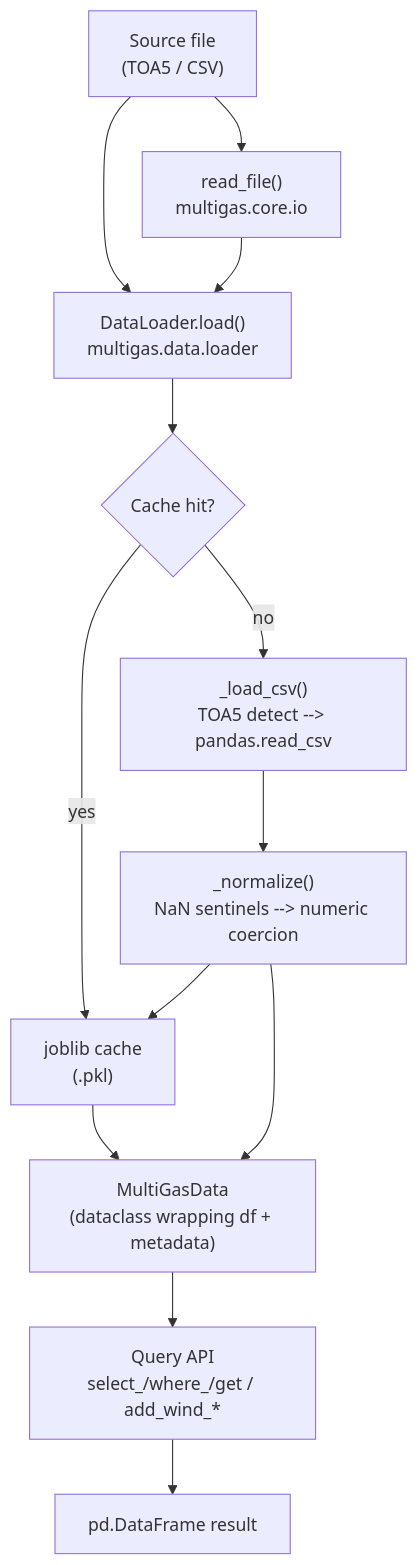
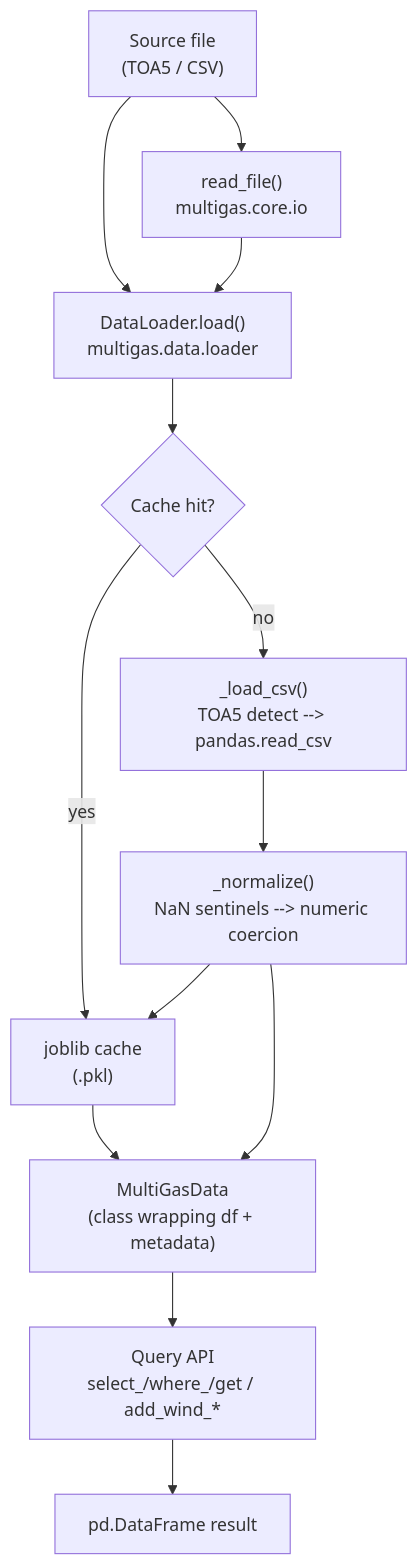
One commit to martanto/multigas changed the diagram in wiki/Home.md. Above: the diagram before and after it, drawn with Mermaid. The commit also changed other lines of this file and 15 other files, not shown here.

Commit message:
Move `MultiGasData.py` to `data` directory

````diff
--- a/wiki/Home.md
+++ b/wiki/Home.md
@@ -69,15 +70,15 @@
 ```mermaid
 flowchart TD
     A["Source file<br/>(TOA5 / CSV)"] --> B["read_file()<br/>multigas.core.io"]
     A --> C["DataLoader.load()<br/>multigas.data.loader"]
     B --> C
     C --> D{Cache hit?}
     D -->|yes| E["joblib cache<br/>(.pkl)"]
     D -->|no| F["_load_csv()<br/>TOA5 detect --> pandas.read_csv"]
     F --> G["_normalize()<br/>NaN sentinels --> numeric coercion"]
     G --> E
-    E --> H["MultiGasData<br/>(dataclass wrapping df + metadata)"]
+    E --> H["MultiGasData<br/>(class wrapping df + metadata)"]
     G --> H
     H --> I["Query API<br/>select_/where_/get / add_wind_*"]
     I --> J["pd.DataFrame result"]
 ```
````
